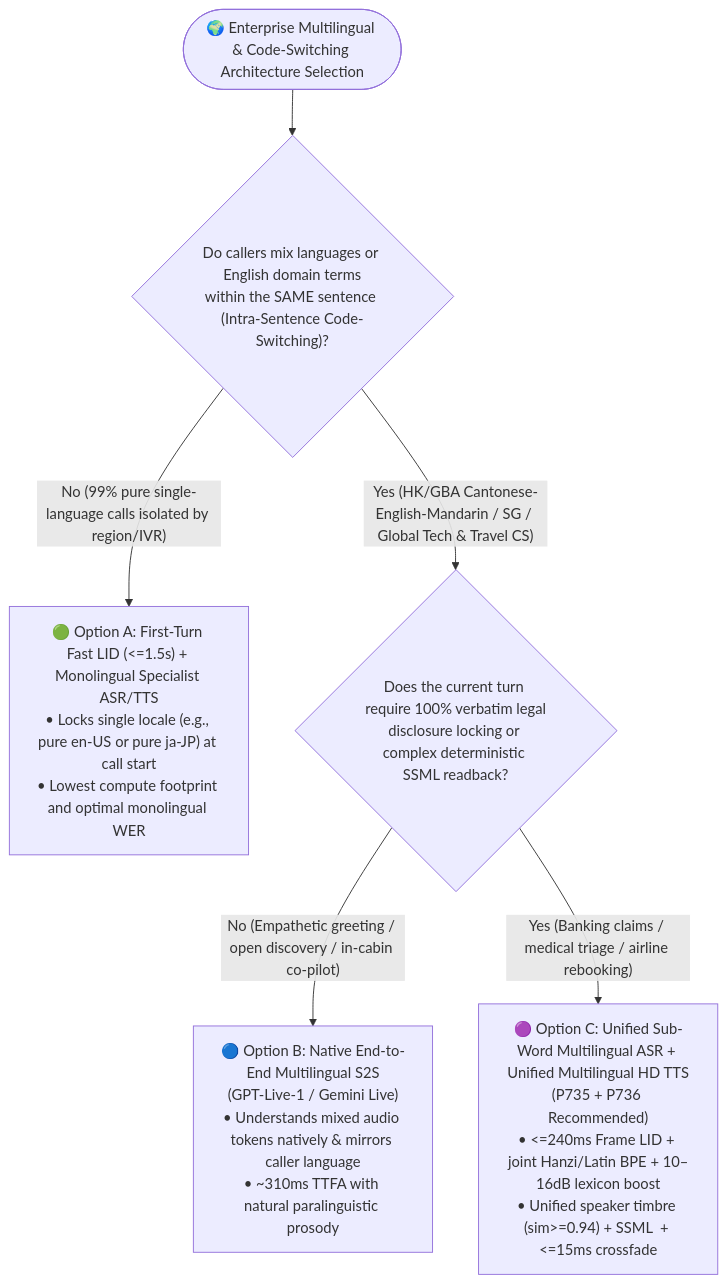
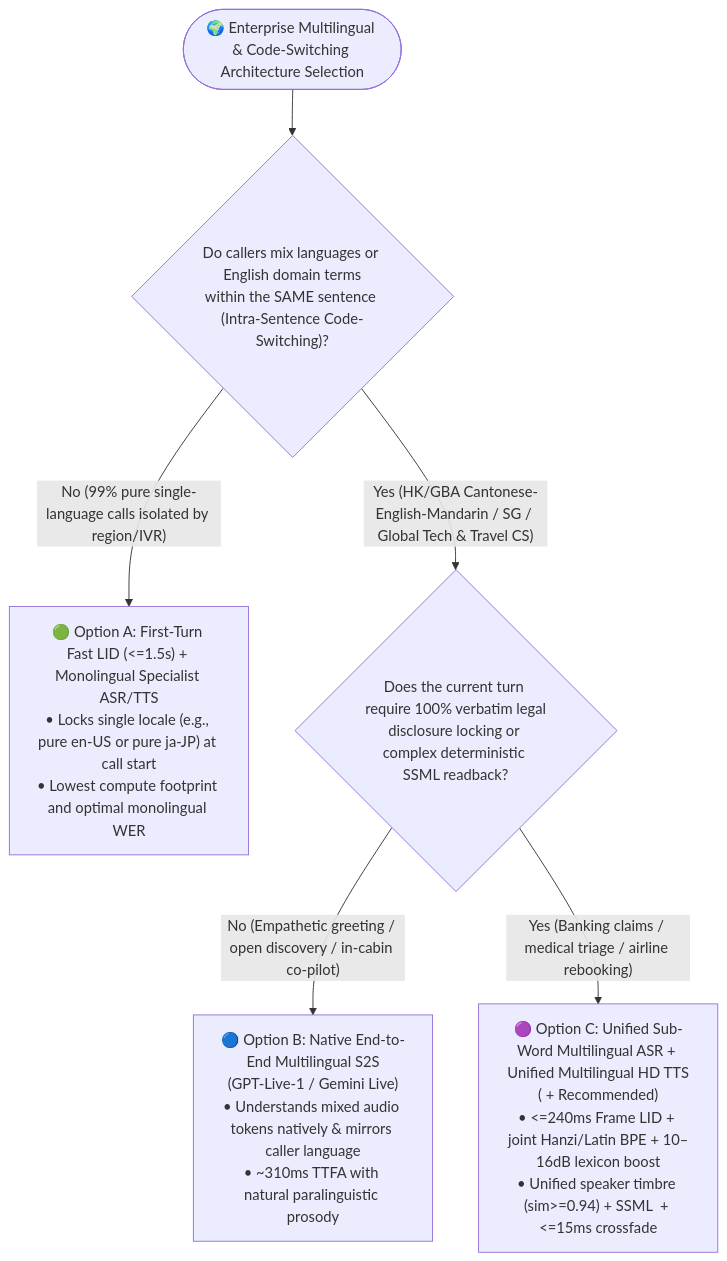
Before and after one commit to turbo998/voice-agent-lab: the first of 3 diagrams in docs/voice-multilingual-codeswitch-dialect-faq.en.md, drawn with Mermaid. The commit also changed other lines of this file and 715 other files, not shown here.

````diff
--- a/docs/voice-multilingual-codeswitch-dialect-faq.en.md
+++ b/docs/voice-multilingual-codeswitch-dialect-faq.en.md
@@ -77,12 +77,12 @@
 ```mermaid
 flowchart TD
-    Start(["🌍 Enterprise Multilingual & Code-Switching Architecture Selection"]) --> Q1{"Do callers mix languages or English domain terms\nwithin the SAME sentence (Intra-Sentence Code-Switching)?"}
+ Start(["🌍 Enterprise Multilingual & Code-Switching Architecture Selection"]) --> Q1{"Do callers mix languages or English domain terms\nwithin the SAME sentence (Intra-Sentence Code-Switching)?"}
 
-    Q1 -- "No (99% pure single-language calls isolated by region/IVR)" --> ArchA["🟢 Option A: First-Turn Fast LID (<=1.5s) + Monolingual Specialist ASR/TTS\n• Locks single locale (e.g., pure en-US or pure ja-JP) at call start\n• Lowest compute footprint and optimal monolingual WER"]
+ Q1 -- "No (99% pure single-language calls isolated by region/IVR)" --> ArchA["🟢 Option A: First-Turn Fast LID (<=1.5s) + Monolingual Specialist ASR/TTS\n• Locks single locale (e.g., pure en-US or pure ja-JP) at call start\n• Lowest compute footprint and optimal monolingual WER"]
 
-    Q1 -- "Yes (HK/GBA Cantonese-English-Mandarin / SG / Global Tech & Travel CS)" --> Q2{"Does the current turn require 100% verbatim legal\ndisclosure locking or complex deterministic SSML readback?"}
+ Q1 -- "Yes (HK/GBA Cantonese-English-Mandarin / SG / Global Tech & Travel CS)" --> Q2{"Does the current turn require 100% verbatim legal\ndisclosure locking or complex deterministic SSML readback?"}
 
-    Q2 -- "No (Empathetic greeting / open discovery / in-cabin co-pilot)" --> ArchB["🔵 Option B: Native End-to-End Multilingual S2S\n(GPT-Live-1 / Gemini Live)\n• Understands mixed audio tokens natively & mirrors caller language\n• ~310ms TTFA with natural paralinguistic prosody"]
+ Q2 -- "No (Empathetic greeting / open discovery / in-cabin co-pilot)" --> ArchB["🔵 Option B: Native End-to-End Multilingual S2S\n(GPT-Live-1 / Gemini Live)\n• Understands mixed audio tokens natively & mirrors caller language\n• ~310ms TTFA with natural paralinguistic prosody"]
 
-    Q2 -- "Yes (Banking claims / medical triage / airline rebooking)" --> ArchC["🟣 Option C: Unified Sub-Word Multilingual ASR + Unified Multilingual HD TTS\n(P735 + P736 Recommended)\n• <=240ms Frame LID + joint Hanzi/Latin BPE + 10–16dB lexicon boost\n• Unified speaker timbre (sim>=0.94) + SSML <lang> + <=15ms crossfade"]
+ Q2 -- "Yes (Banking claims / medical triage / airline rebooking)" --> ArchC["🟣 Option C: Unified Sub-Word Multilingual ASR + Unified Multilingual HD TTS\n( + Recommended)\n• <=240ms Frame LID + joint Hanzi/Latin BPE + 10–16dB lexicon boost\n• Unified speaker timbre (sim>=0.94) + SSML <lang> + <=15ms crossfade"]
 ```
````
